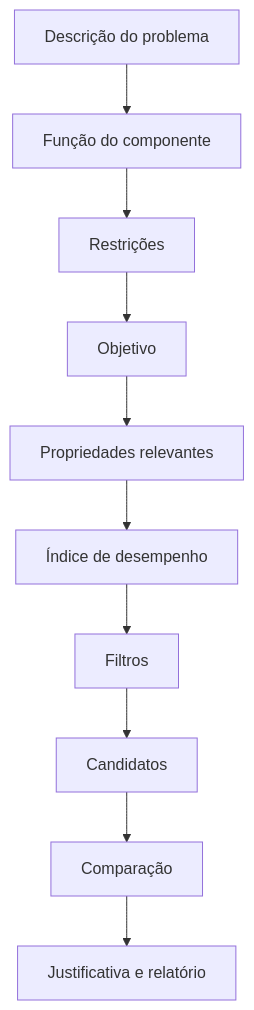
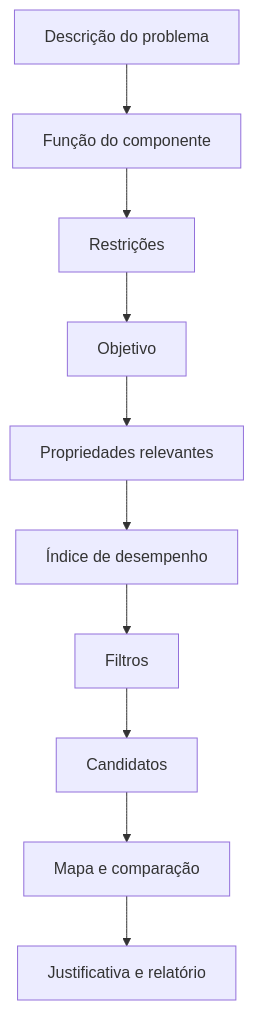
One commit to Streeft/MaterialSelect-AI changed the diagram in docs/04-metodologia-selecao.md. Above: the diagram before and after it, drawn with Mermaid. The commit also changed other lines of this file and 36 other files, not shown here.

````diff
--- a/docs/04-metodologia-selecao.md
+++ b/docs/04-metodologia-selecao.md
@@ -32,12 +33,12 @@
 ```mermaid
 flowchart TD
   A[Descrição do problema] --> B[Função do componente]
   B --> C[Restrições]
   C --> D[Objetivo]
   D --> E[Propriedades relevantes]
   E --> F[Índice de desempenho]
   F --> G[Filtros]
   G --> H[Candidatos]
-  H --> I[Comparação]
+  H --> I[Mapa e comparação]
   I --> J[Justificativa e relatório]
 ```
````
